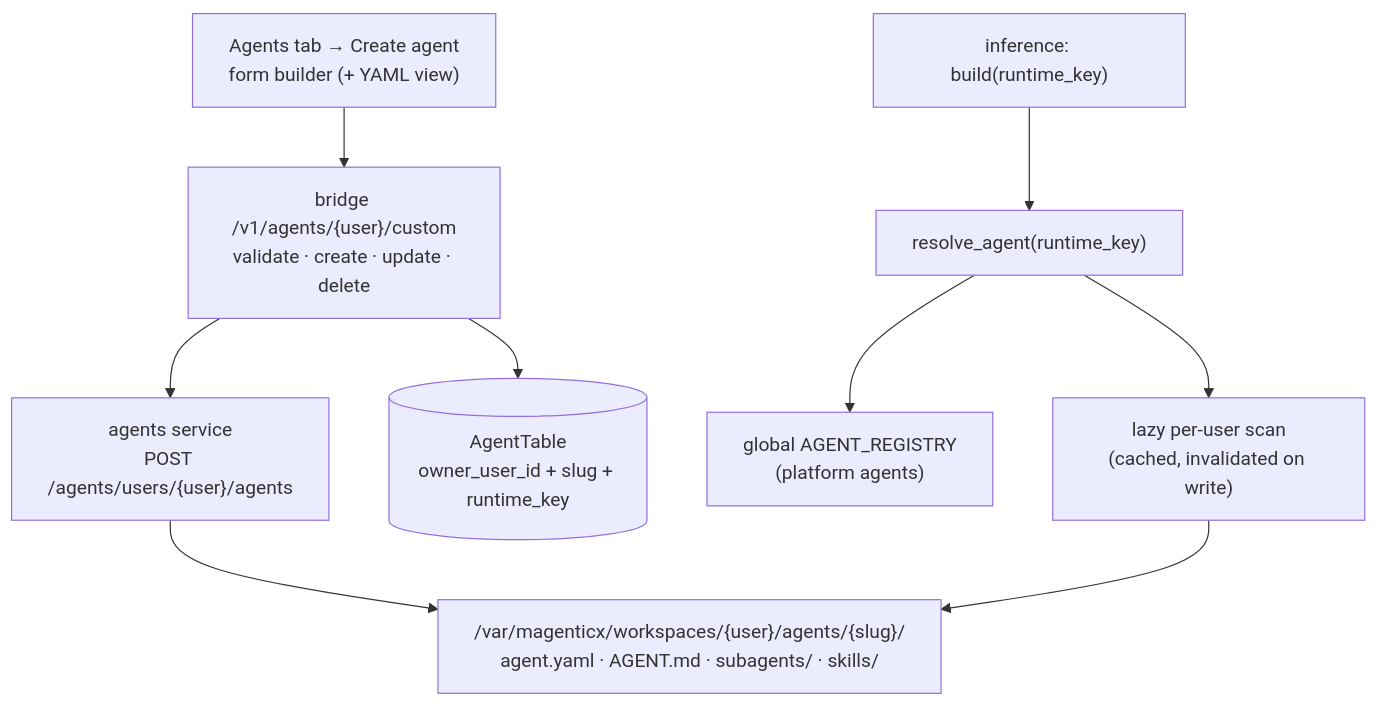
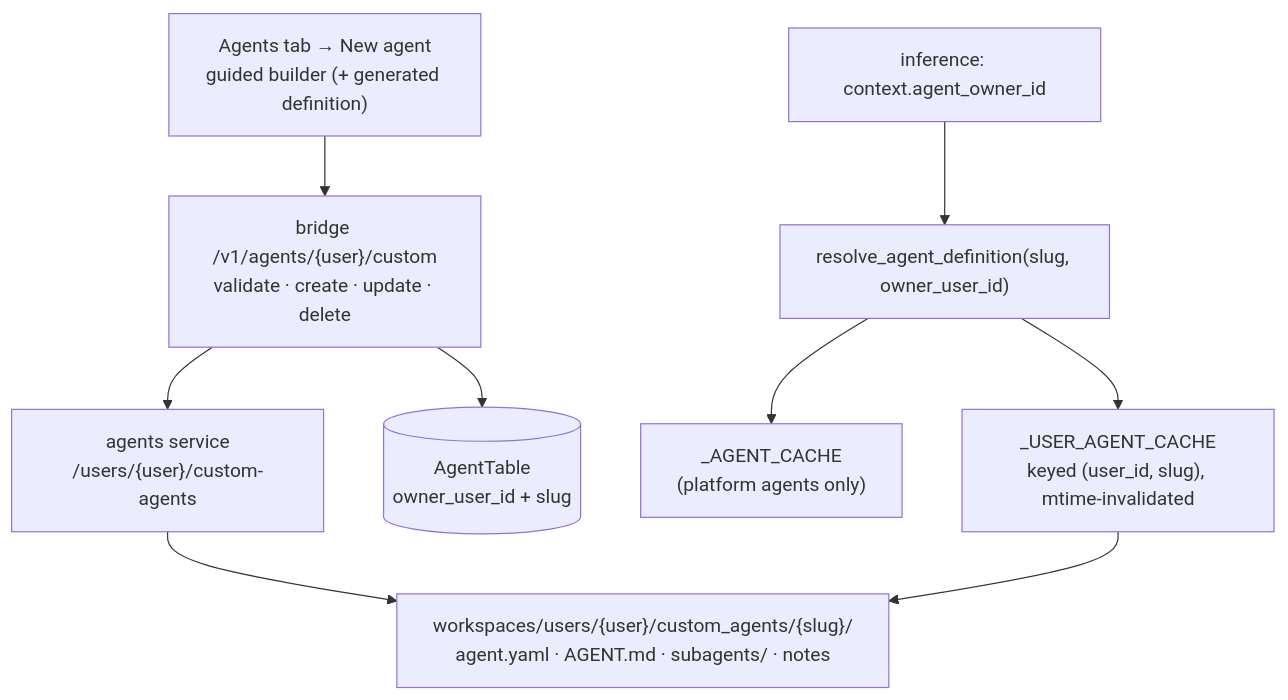
One commit to konstantinosmpouros/mAgenticX changed the diagram in docs/plans/01-custom-agents-per-user.md. Above: the diagram before and after it, drawn with Mermaid. The commit also changed other lines of this file and 4 other files, not shown here.

Commit message:
fix(bridge): agents partial index sqlite parity; docs + TODO catch-up

````diff
--- a/docs/plans/01-custom-agents-per-user.md
+++ b/docs/plans/01-custom-agents-per-user.md
@@ -64,11 +64,11 @@
 ```mermaid
 flowchart TD
-    UI["Agents tab → Create agent<br/>form builder (+ YAML view)"] --> API["bridge /v1/agents/{user}/custom<br/>validate · create · update · delete"]
-    API --> WRITE["agents service<br/>POST /agents/users/{user}/agents"]
-    WRITE --> FS["/var/magenticx/workspaces/{user}/agents/{slug}/<br/>agent.yaml · AGENT.md · subagents/ · skills/"]
-    API --> DB[("AgentTable<br/>owner_user_id + slug + runtime_key")]
-    RUN["inference: build(runtime_key)"] --> RESOLVE["resolve_agent(runtime_key)"]
-    RESOLVE --> GLOBAL["global AGENT_REGISTRY<br/>(platform agents)"]
-    RESOLVE --> USER["lazy per-user scan<br/>(cached, invalidated on write)"]
+    UI["Agents tab → New agent<br/>guided builder (+ generated definition)"] --> API["bridge /v1/agents/{user}/custom<br/>validate · create · update · delete"]
+    API --> WRITE["agents service<br/>/users/{user}/custom-agents"]
+    WRITE --> FS["workspaces/users/{user}/custom_agents/{slug}/<br/>agent.yaml · AGENT.md · subagents/ · notes"]
+    API --> DB[("AgentTable<br/>owner_user_id + slug")]
+    RUN["inference: context.agent_owner_id"] --> RESOLVE["resolve_agent_definition(slug, owner_user_id)"]
+    RESOLVE --> GLOBAL["_AGENT_CACHE<br/>(platform agents only)"]
+    RESOLVE --> USER["_USER_AGENT_CACHE<br/>keyed (user_id, slug), mtime-invalidated"]
     USER --> FS
 ```
````
